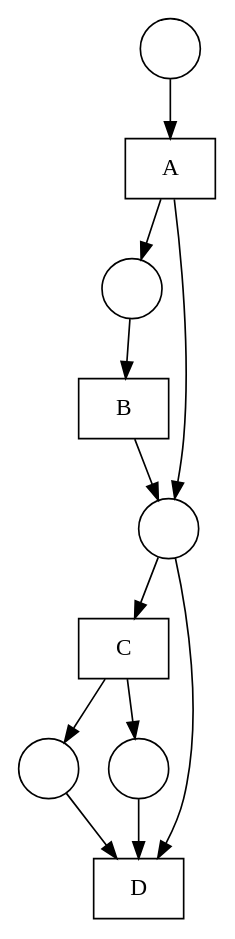
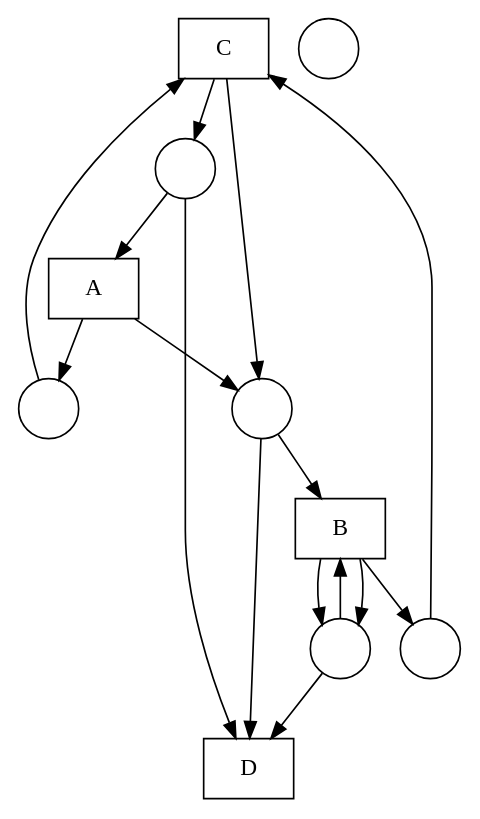
The diagram in nets/Fittest net.gv (DWitek97/GeneticMiner), drawn with Graphviz before and after one commit. The commit also changed 5 other files, not shown here.

```diff
--- a/nets/Fittest net.gv
+++ b/nets/Fittest net.gv
@@ -1,24 +1,29 @@
 digraph "Fittest net" {
 	node [shape=box]
+	C [label=C]
 	A [label=A]
 	B [label=B]
-	C [label=C]
 	D [label=D]
 	node [shape=circle]
 	1 [label=" "]
 	2 [label=" "]
 	3 [label=" "]
 	4 [label=" "]
 	5 [label=" "]
+	6 [label=" "]
+	4 -> C
+	3 -> C
+	C -> 1
+	C -> 6
 	1 -> A
-	A -> 5
-	A -> 3
-	3 -> B
-	B -> 5
-	5 -> C
-	C -> 2
-	C -> 4
-	5 -> D
-	4 -> D
+	A -> 6
+	A -> 4
+	6 -> B
+	2 -> B
+	B -> 3
+	B -> 2
+	B -> 2
+	1 -> D
 	2 -> D
+	6 -> D
 }
```
